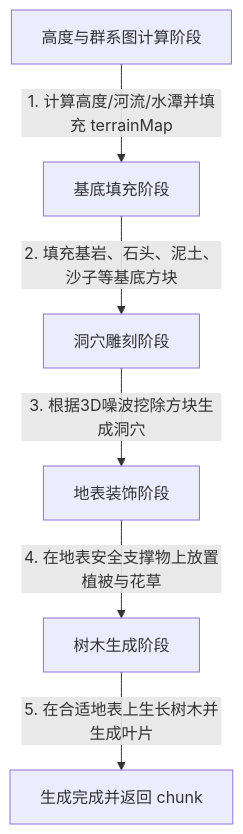
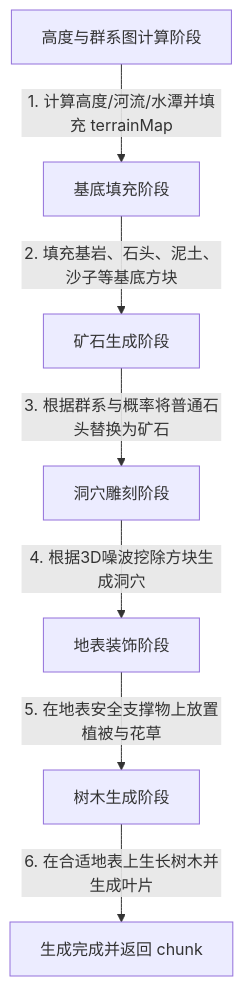
The diagram in docs/agents/chunk_pipeline.md (LingLingDayo/cloudcraft), drawn with Mermaid before and after one commit. The commit also changed other lines of this file and 3 other files, not shown here.

````diff
--- a/docs/agents/chunk_pipeline.md
+++ b/docs/agents/chunk_pipeline.md
@@ -52,8 +52,9 @@
 ```mermaid
 graph TD
     A[高度与群系图计算阶段] -->|1. 计算高度/河流/水潭并填充 terrainMap| B[基底填充阶段]
-    B -->|2. 填充基岩、石头、泥土、沙子等基底方块| C[洞穴雕刻阶段]
-    C -->|3. 根据3D噪波挖除方块生成洞穴| D[地表装饰阶段]
-    D -->|4. 在地表安全支撑物上放置植被与花草| E[树木生成阶段]
-    E -->|5. 在合适地表上生长树木并生成叶片| F[生成完成并返回 chunk]
+    B -->|2. 填充基岩、石头、泥土、沙子等基底方块| C[矿石生成阶段]
+    C -->|3. 根据群系与概率将普通石头替换为矿石| D[洞穴雕刻阶段]
+    D -->|4. 根据3D噪波挖除方块生成洞穴| E[地表装饰阶段]
+    E -->|5. 在地表安全支撑物上放置植被与花草| F[树木生成阶段]
+    F -->|6. 在合适地表上生长树木并生成叶片| G[生成完成并返回 chunk]
 ```
````
